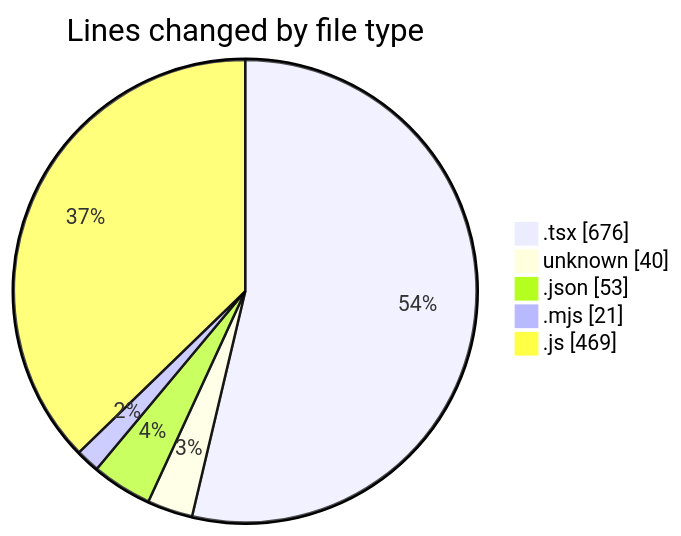
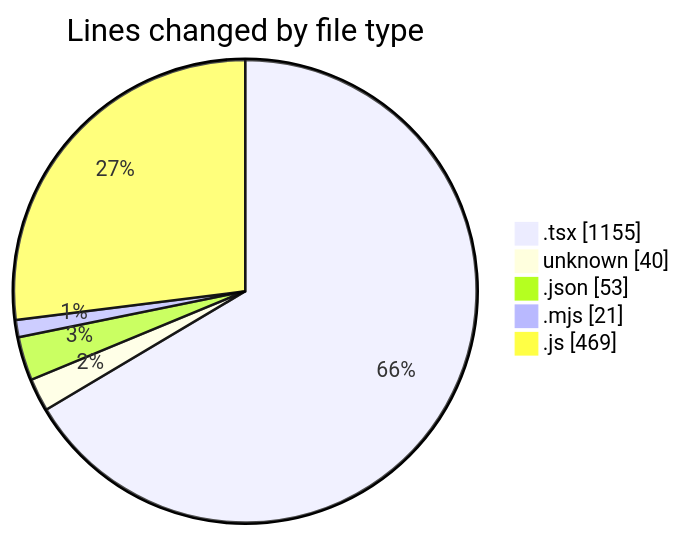
One commit to Elitesun/code-tracking changed the first of 2 diagrams in 2025-05-26/elitesun/README.md. Above: the diagram before and after it, drawn with Mermaid. The commit also changed other lines of this file and 1 other file, not shown here.

````diff
--- a/2025-05-26/elitesun/README.md
+++ b/2025-05-26/elitesun/README.md
@@ -30,9 +33,9 @@
 ```mermaid
 pie showData
 title Lines changed by file type
-".tsx" : 676
+".tsx" : 1155
 "unknown" : 40
 ".json" : 53
 ".mjs" : 21
 ".js" : 469
 ```
````
